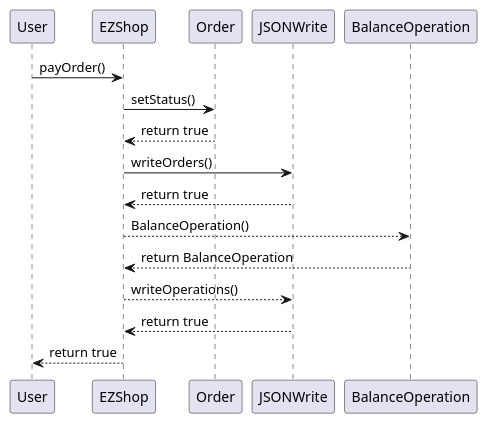
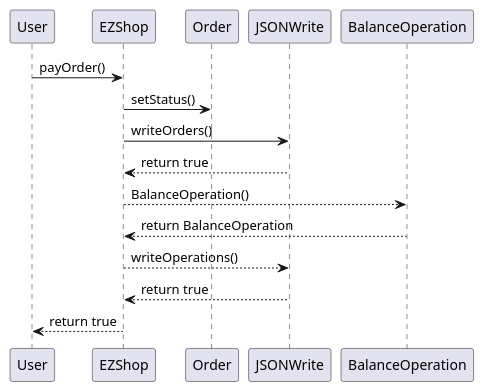
Before and after one commit to giuseppesalvi/ezshop: the fourth of 9 diagrams in Deliverables/DesignDocument.md, drawn with PlantUML. The commit also changed other lines of this file, not shown here.

````diff
--- a/Deliverables/DesignDocument.md
+++ b/Deliverables/DesignDocument.md
@@ -302,18 +302,17 @@
 ```plantuml
 @startuml
 participant User
 participant EZShop
 participant Order
 participant JSONWrite
 User -> EZShop : payOrder()
 EZShop -> Order : setStatus()
-EZShop <-- Order : return true
 EZShop -> JSONWrite : writeOrders()
 EZShop <-- JSONWrite : return true
 EZShop --> BalanceOperation : BalanceOperation()
 EZShop <-- BalanceOperation : return BalanceOperation
 EZShop --> JSONWrite : writeOperations()
 EZShop <-- JSONWrite : return true
 User <-- EZShop : return true
 @enduml
 ```
````
